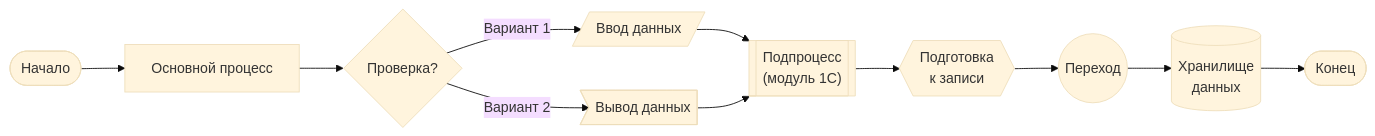
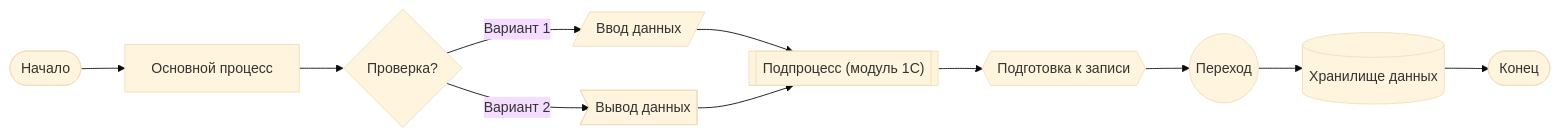
The second of 6 diagrams in 1c_architect/Data_Flow_Diagrams_DFD.md (softboxdev/1c_dev), drawn with Mermaid (base theme) before and after one commit. The commit also changed other lines of this file, not shown here.

````diff
--- a/1c_architect/Data_Flow_Diagrams_DFD.md
+++ b/1c_architect/Data_Flow_Diagrams_DFD.md
@@ -66,21 +66,21 @@
 ```mermaid
 flowchart LR
     %% Пример правильной нотации для всех элементов
     Start(["Начало"]) --> Process[Основной процесс]
     
     Process --> Decision{Проверка?}
     
     Decision -->|Вариант 1| Input[/Ввод данных/]
     Decision -->|Вариант 2| Output>"Вывод данных"]
     
-    Input --> Subprocess[["Подпроцесс\n(модуль 1С)"]]
+    Input --> Subprocess[["Подпроцесс (модуль 1С)"]]
     Output --> Subprocess
     
-    Subprocess --> Preparation{{Подготовка\nк записи}}
+    Subprocess --> Preparation{{Подготовка к записи}}
     
     Preparation --> Connector((Переход))
     
-    Connector --> Database[(Хранилище\nданных)]
+    Connector --> Database[(Хранилище данных)]
     
     Database --> End(["Конец"])
 ```
````
